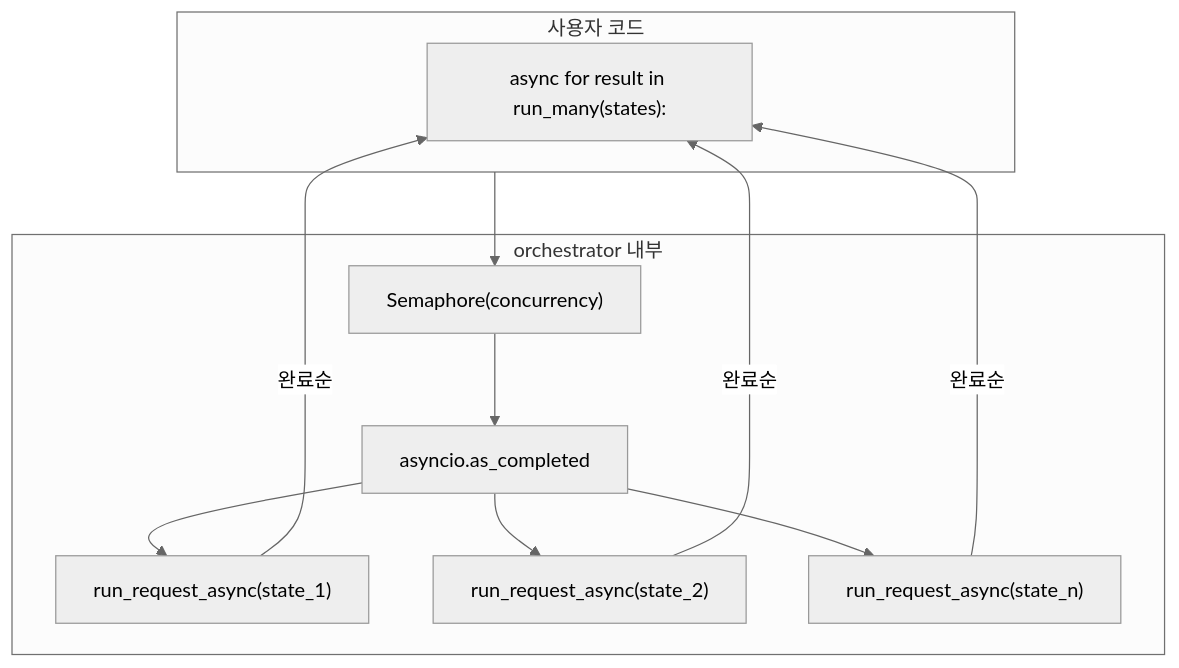
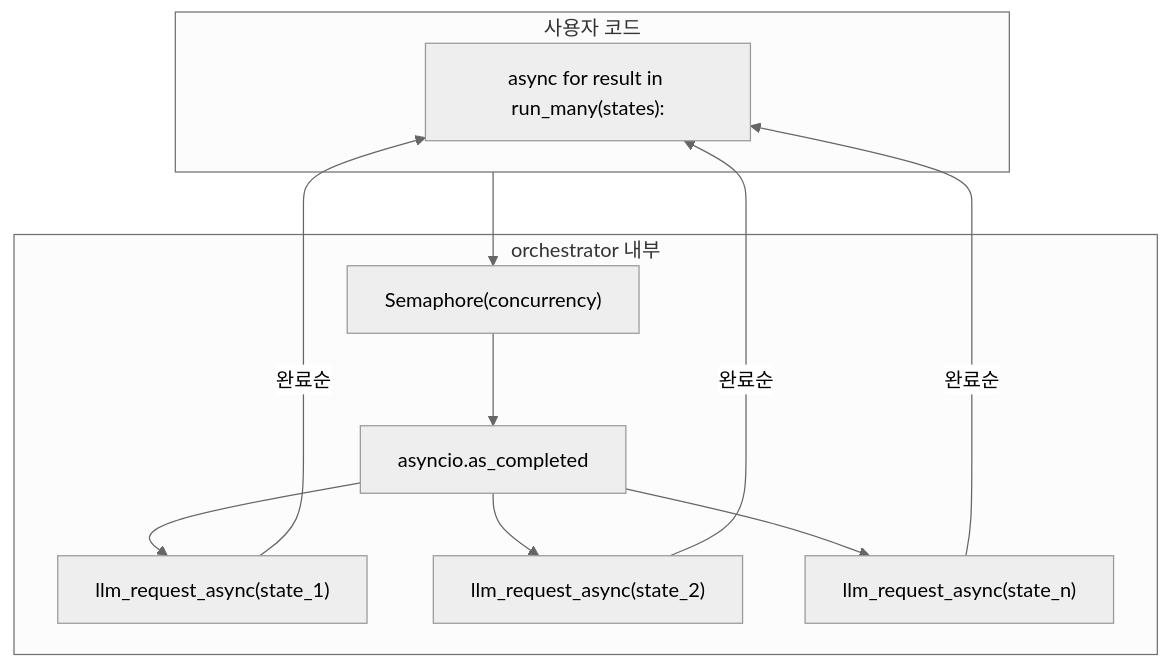
The second of 2 diagrams in llm-manager/plans/DESIGN.md (KiwoomAM/Kiwoom-Manager), drawn with Mermaid (neutral theme) before and after one commit. The commit also changed other lines of this file and 3 other files, not shown here.

````diff
--- a/llm-manager/plans/DESIGN.md
+++ b/llm-manager/plans/DESIGN.md
@@ -152,19 +152,19 @@
 ```mermaid
 flowchart TB
     subgraph user [사용자 코드]
         AsyncFor["async for result in run_many(states):"]
     end
     subgraph orch [orchestrator 내부]
         Sem["Semaphore(concurrency)"]
         AsComp["asyncio.as_completed"]
-        Worker1["run_request_async(state_1)"]
-        Worker2["run_request_async(state_2)"]
-        WorkerN["run_request_async(state_n)"]
+        Worker1["llm_request_async(state_1)"]
+        Worker2["llm_request_async(state_2)"]
+        WorkerN["llm_request_async(state_n)"]
     end
     user --> Sem
     Sem --> AsComp
     AsComp --> Worker1 & Worker2 & WorkerN
     Worker1 -->|완료순| AsyncFor
     Worker2 -->|완료순| AsyncFor
     WorkerN -->|완료순| AsyncFor
 ```
````
